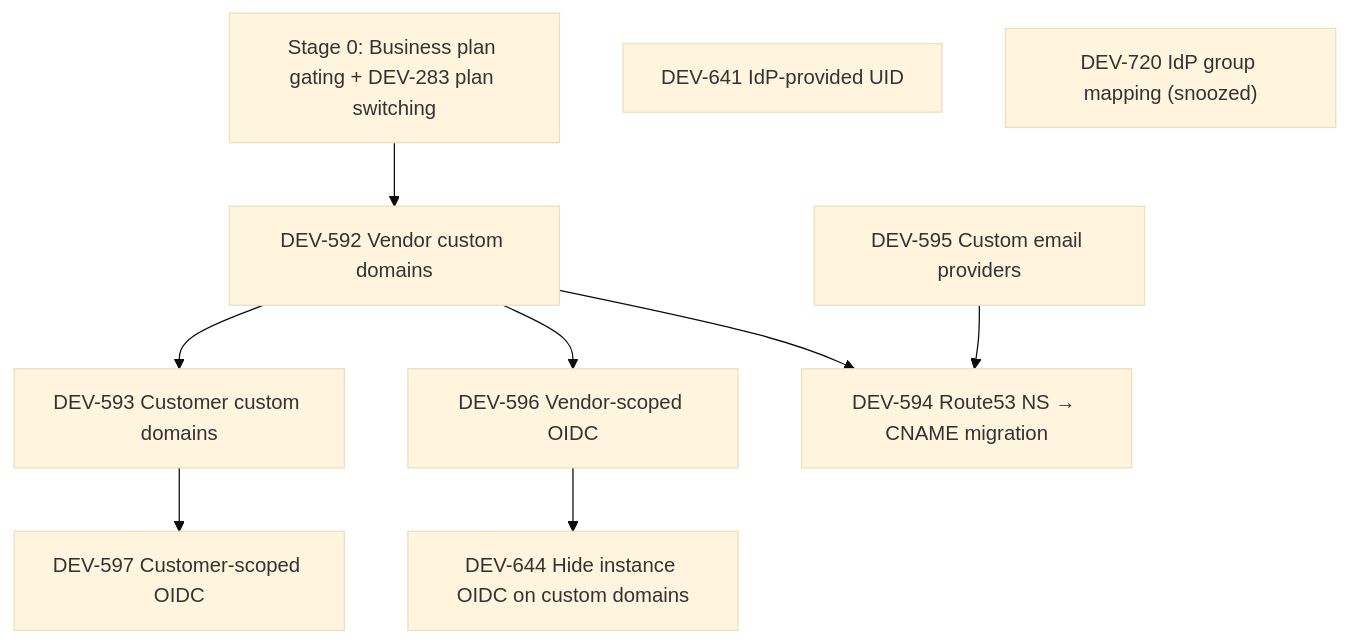
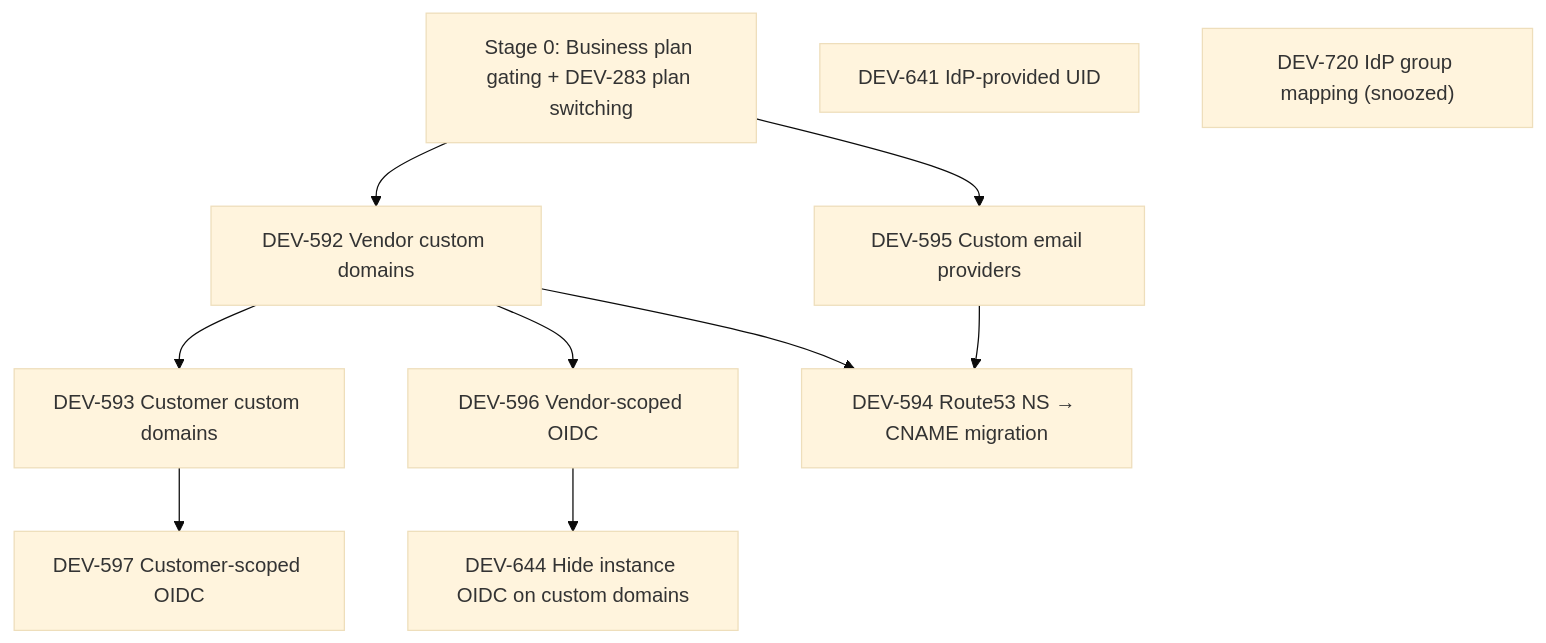
The diagram in oidc.md (distr-sh/distr), drawn with Mermaid (base theme) before and after one commit. The commit also changed other lines of this file, not shown here.

````diff
--- a/oidc.md
+++ b/oidc.md
@@ -18,12 +18,13 @@
 ```mermaid
 graph TD
     DEV283["Stage 0: Business plan gating + DEV-283 plan switching"] --> DEV592
     DEV592["DEV-592 Vendor custom domains"] --> DEV593["DEV-593 Customer custom domains"]
     DEV592 --> DEV596["DEV-596 Vendor-scoped OIDC"]
     DEV592 --> DEV594["DEV-594 Route53 NS → CNAME migration"]
+    DEV283 --> DEV595
     DEV595["DEV-595 Custom email providers"] --> DEV594
     DEV593 --> DEV597["DEV-597 Customer-scoped OIDC"]
     DEV596 --> DEV644["DEV-644 Hide instance OIDC on custom domains"]
     DEV641["DEV-641 IdP-provided UID"]
     DEV720["DEV-720 IdP group mapping (snoozed)"]
 ```
````
